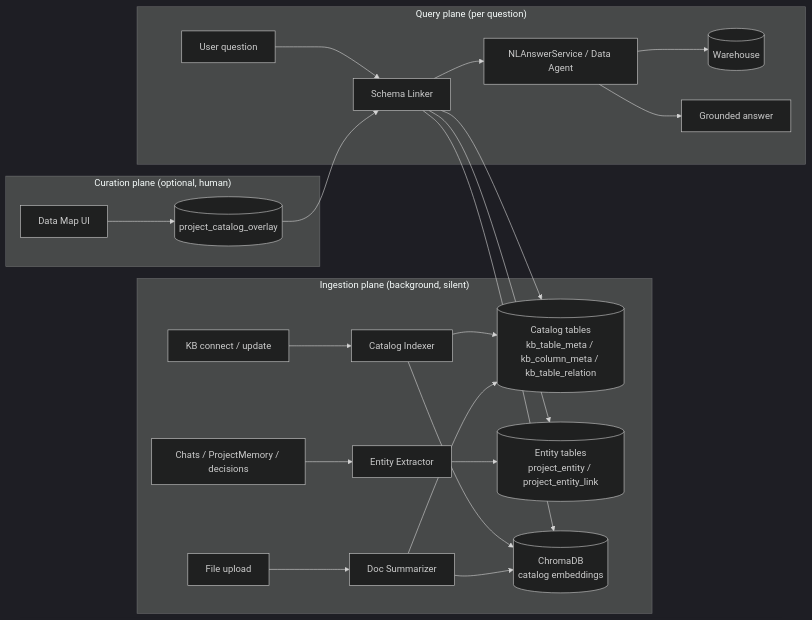
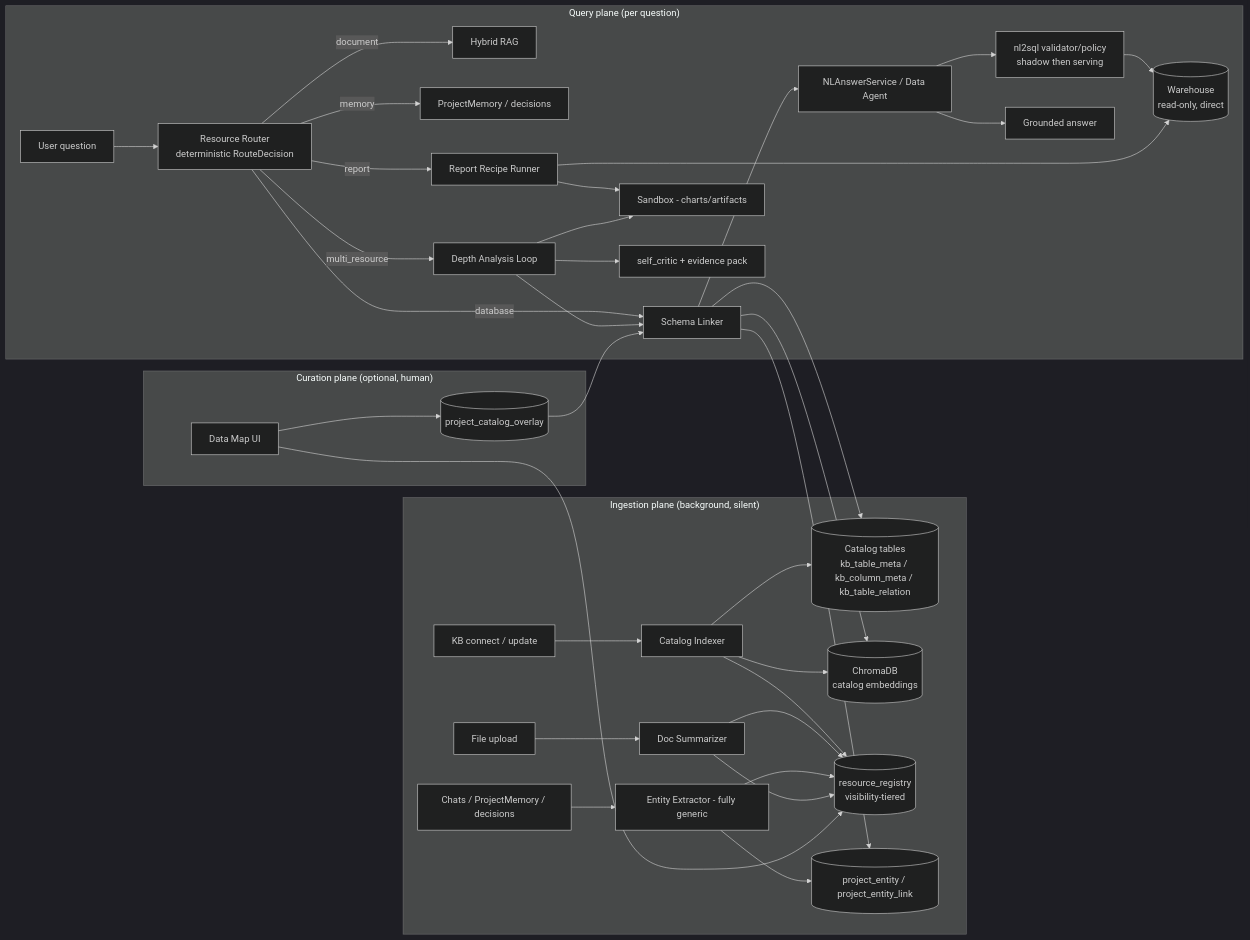
The diagram in docs/superpowers/specs/2026-08-10-project-knowledge-graph-design.md (Minhaz2858/zhanlu_v1), drawn with Mermaid (dark theme) before and after one commit. The commit also changed other lines of this file and 789 other files, not shown here.

First line of the commit message:
docs(memory): update project memory and session logs for Aug 5-10

````diff
--- a/docs/superpowers/specs/2026-08-10-project-knowledge-graph-design.md
+++ b/docs/superpowers/specs/2026-08-10-project-knowledge-graph-design.md
@@ -48,28 +64,42 @@
 ```mermaid
 flowchart LR
     subgraph Ingestion["Ingestion plane (background, silent)"]
         KB[KB connect / update] --> CI[Catalog Indexer]
         UP[File upload] --> DS[Doc Summarizer]
-        CHAT[Chats / ProjectMemory / decisions] --> EE[Entity Extractor]
+        CHAT[Chats / ProjectMemory / decisions] --> EE[Entity Extractor - fully generic]
         CI --> CT[(Catalog tables<br/>kb_table_meta / kb_column_meta / kb_table_relation)]
-        DS --> CT
-        EE --> ET[(Entity tables<br/>project_entity / project_entity_link)]
         CI --> CH[(ChromaDB<br/>catalog embeddings)]
-        DS --> CH
+        CI --> REG
+        DS --> REG
+        EE --> REG
+        EE --> ET[(project_entity / project_entity_link)]
+        DS --> REG[(resource_registry<br/>visibility-tiered)]
     end
 
     subgraph Query["Query plane (per question)"]
-        Q[User question] --> SL[Schema Linker]
+        Q[User question] --> RR[Resource Router<br/>deterministic RouteDecision]
+        RR -->|database| SL[Schema Linker]
+        RR -->|document| RAG[Hybrid RAG]
+        RR -->|memory| MEM[ProjectMemory / decisions]
+        RR -->|report| RRUN[Report Recipe Runner]
+        RR -->|multi_resource| DL[Depth Analysis Loop]
         SL --> CH
         SL --> CT
         SL --> ET
         SL --> NS[NLAnswerService / Data Agent]
-        NS --> DB[(Warehouse)]
+        NS --> NL2[nl2sql validator/policy<br/>shadow then serving]
+        NL2 --> DB[(Warehouse<br/>read-only, direct)]
+        RRUN --> DB
+        RRUN --> SB[Sandbox - charts/artifacts]
+        DL --> SL
+        DL --> SB
+        DL --> CR[self_critic + evidence pack]
         NS --> A[Grounded answer]
     end
 
     subgraph Curation["Curation plane (optional, human)"]
         UI[Data Map UI] --> OV[(project_catalog_overlay)]
+        UI --> REG
         OV --> SL
     end
 ```
````
